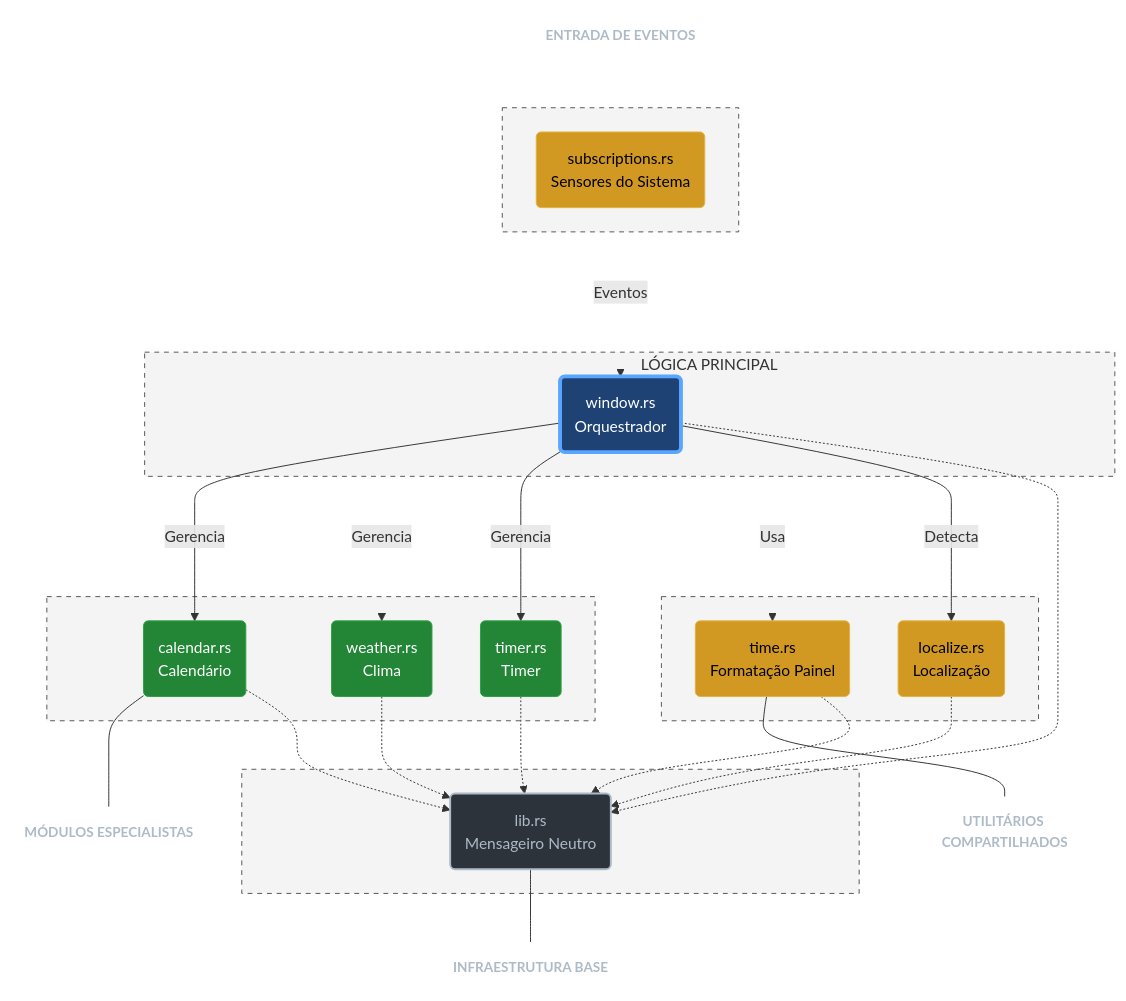
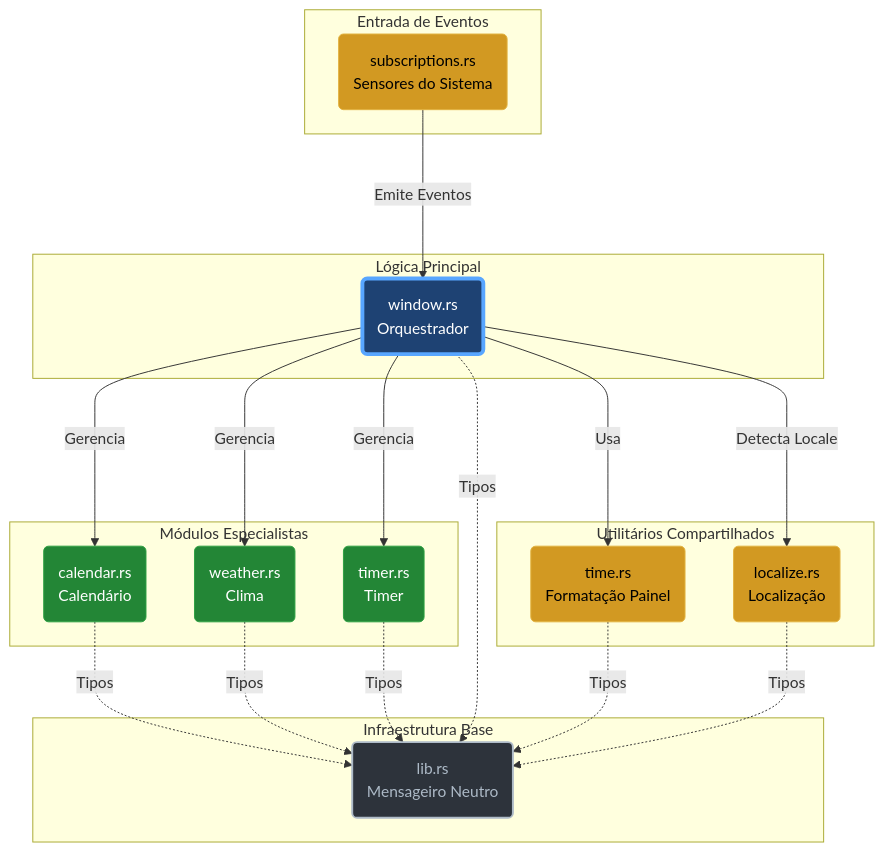
The diagram in README.pt-BR.md (defNickTCys/cosmic-applet-timeplus), drawn with Mermaid before and after one commit.

Commit message:
Atualizar o README.pt-BR.md

````diff
--- a/README.pt-BR.md
+++ b/README.pt-BR.md
@@ -147,70 +147,47 @@
 ```mermaid
 graph TD
-    %% Definições de Estilo de Cores
+    %% Estilos de Cores
     classDef neutral fill:#2d333b,stroke:#adbac7,color:#adbac7,stroke-width:2px;
     classDef orchestrator fill:#1e4273,stroke:#58a6ff,color:#fff,stroke-width:4px;
     classDef module fill:#238636,stroke:#2ea043,color:#fff;
     classDef logic fill:#d29922,stroke:#e3b341,color:#000;
-    
-    %% Estilo para Títulos Fora dos Cards (Sem borda, texto claro)
-    classDef title fill:none,stroke:none,color:#adbac7,font-weight:bold,font-size:14px;
 
-    %% 1. Topo: Título ACIMA do Card
-    T_EVENTOS(ENTRADA DE EVENTOS):::title
-    T_EVENTOS --- SUB
-    
-    subgraph G_EVENTOS [" "]
+    subgraph "Infraestrutura Base"
+        LIB(lib.rs<br/>Mensageiro Neutro):::neutral
+    end
+
+    subgraph "Entrada de Eventos"
         SUB(subscriptions.rs<br/>Sensores do Sistema):::logic
     end
 
-    %% 2. Window: Título DENTRO, Alinhado à Direita
-    subgraph G_WINDOW ["&nbsp;&nbsp;&nbsp;&nbsp;&nbsp;&nbsp;&nbsp;&nbsp;&nbsp;&nbsp;&nbsp;&nbsp;&nbsp;&nbsp;&nbsp;&nbsp;&nbsp;&nbsp;&nbsp;&nbsp;&nbsp;&nbsp;&nbsp;&nbsp;&nbsp;&nbsp;&nbsp;&nbsp;&nbsp;&nbsp;&nbsp;&nbsp;&nbsp;&nbsp;&nbsp;&nbsp;&nbsp;&nbsp;&nbsp;&nbsp;LÓGICA PRINCIPAL"]
+    subgraph "Lógica Principal"
         WIN(window.rs<br/>Orquestrador):::orchestrator
     end
 
-    %% 3. Meio: Títulos ABAIXO e Fora dos Cards
-    subgraph G_MODULOS [" "]
+    subgraph "Módulos Especialistas"
         CAL(calendar.rs<br/>Calendário):::module
         WEA(weather.rs<br/>Clima):::module
         TIM(timer.rs<br/>Timer):::module
     end
-    CAL --- T_MODULOS(MÓDULOS ESPECIALISTAS):::title
 
-    subgraph G_UTILS [" "]
+    subgraph "Utilitários Compartilhados"
         TIME(time.rs<br/>Formatação Painel):::logic
         LOC(localize.rs<br/>Localização):::logic
     end
-    TIME --- T_UTILS(UTILITÁRIOS COMPARTILHADOS):::title
 
-    %% 4. Final: Título ABAIXO do Card
-    subgraph G_INFRA [" "]
-        LIB(lib.rs<br/>Mensageiro Neutro):::neutral
-    end
-    LIB --- T_INFRA(INFRAESTRUTURA BASE):::title
-
-    %% Fluxo de Dados (Setas Longas)
-    SUB --->|Eventos| WIN
+    %% Fluxo de Dados (Setas longas para melhor espaçamento)
+    SUB --->|Emite Eventos| WIN
     WIN --->|Gerencia| CAL
     WIN --->|Gerencia| WEA
     WIN --->|Gerencia| TIM
     WIN --->|Usa| TIME
-    WIN --->|Detecta| LOC
+    WIN --->|Detecta Locale| LOC
 
-    %% Dependências de Tipos (Tracejadas para a Base)
-    CAL -.-> LIB
-    WEA -.-> LIB
-    TIM -.-> LIB
-    WIN -.-> LIB
-    TIME -.-> LIB
-    LOC -.-> LIB
-
-    %% Estilos dos Cards (Pontilhados e Transparentes)
-    style G_EVENTOS fill:#333,fill-opacity:0.05,stroke:#555,stroke-dasharray: 5 5
-    style G_WINDOW fill:#333,fill-opacity:0.05,stroke:#555,stroke-dasharray: 5 5
-    style G_MODULOS fill:#333,fill-opacity:0.05,stroke:#555,stroke-dasharray: 5 5
-    style G_UTILS fill:#333,fill-opacity:0.05,stroke:#555,stroke-dasharray: 5 5
-    style G_INFRA fill:#333,fill-opacity:0.05,stroke:#555,stroke-dasharray: 5 5
-
-    %% Esconder linhas de conexão dos títulos
-    linkStyle 0,4,6,8 stroke-width:0px;
+    %% Dependência de Tipos
+    CAL -.->|Tipos| LIB
+    WEA -.->|Tipos| LIB
+    TIM -.->|Tipos| LIB
+    WIN -.->|Tipos| LIB
+    TIME -.->|Tipos| LIB
+    LOC -.->|Tipos| LIB
 ```
````
